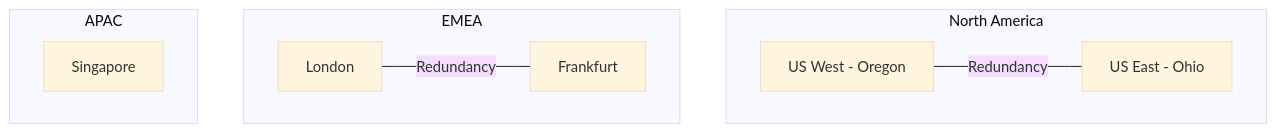
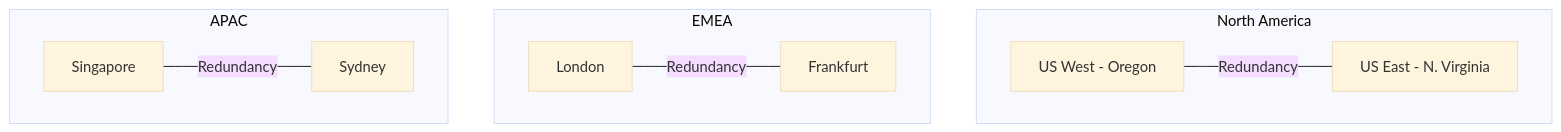
The diagram in architecture/overview.md (SemiConscious/platform-documents), drawn with Mermaid (base theme) before and after one commit. The commit also changed other lines of this file and 6 other files, not shown here.

First line of the commit message:
Add voice routing architecture documentation

````diff
--- a/architecture/overview.md
+++ b/architecture/overview.md
@@ -17,19 +33,21 @@
 ```mermaid
 graph TB
     subgraph "North America"
         US_WEST[US West - Oregon]
-        US_EAST[US East - Ohio]
+        US_EAST[US East - N. Virginia]
     end
     
     subgraph "EMEA"
         LONDON[London]
         FRANKFURT[Frankfurt]
     end
     
     subgraph "APAC"
         SINGAPORE[Singapore]
+        SYDNEY[Sydney]
     end
     
     US_WEST ---|Redundancy| US_EAST
     LONDON ---|Redundancy| FRANKFURT
+    SINGAPORE ---|Redundancy| SYDNEY
 ```
````
